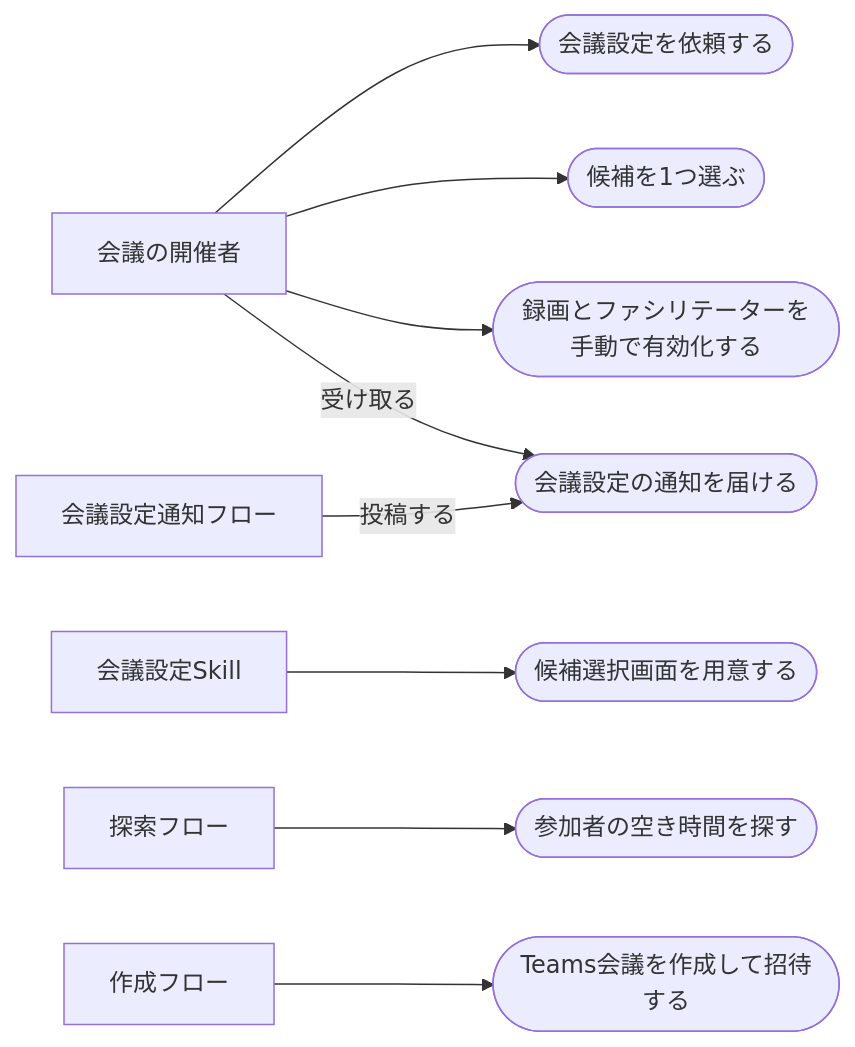
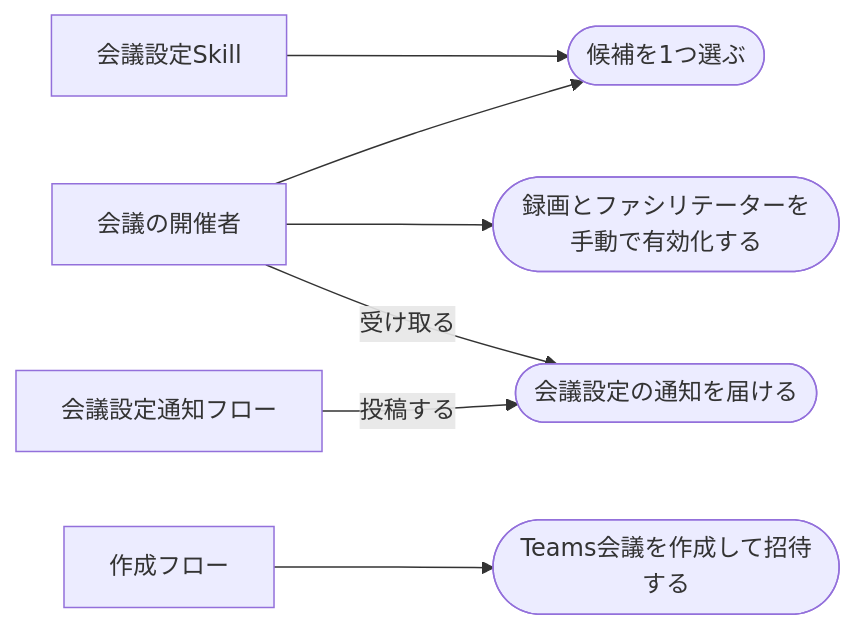
One commit to dnode-ryosuke-yamazaki/study changed the second of 2 diagrams in apps/meeting-setup-automation/specs/meeting-scheduling/requirements.md. Above: the diagram before and after it, drawn with Mermaid. The commit also changed other lines of this file and 5 other files, not shown here.

````diff
--- a/apps/meeting-setup-automation/specs/meeting-scheduling/requirements.md
+++ b/apps/meeting-setup-automation/specs/meeting-scheduling/requirements.md
@@ -25,25 +48,19 @@
 ```mermaid
 flowchart LR
     organizer["会議の開催者"]
     skill["会議設定Skill"]
-    searchflow["探索フロー"]
     createflow["作成フロー"]
     notifyflow["会議設定通知フロー"]
 
-    uc1(["会議設定を依頼する"])
-    uc2(["参加者の空き時間を探す"])
-    uc3(["候補選択画面を用意する"])
     uc4(["候補を1つ選ぶ"])
     uc5(["Teams会議を作成して招待する"])
+    uc7(["会議設定の通知を届ける"])
     uc6(["録画とファシリテーターを手動で有効化する"])
-    uc7(["会議設定の通知を届ける"])
 
-    organizer --> uc1
     organizer --> uc4
     organizer --> uc6
     organizer -->|受け取る| uc7
-    skill --> uc3
-    searchflow --> uc2
+    skill --> uc4
     createflow --> uc5
     notifyflow -->|投稿する| uc7
 ```
````
